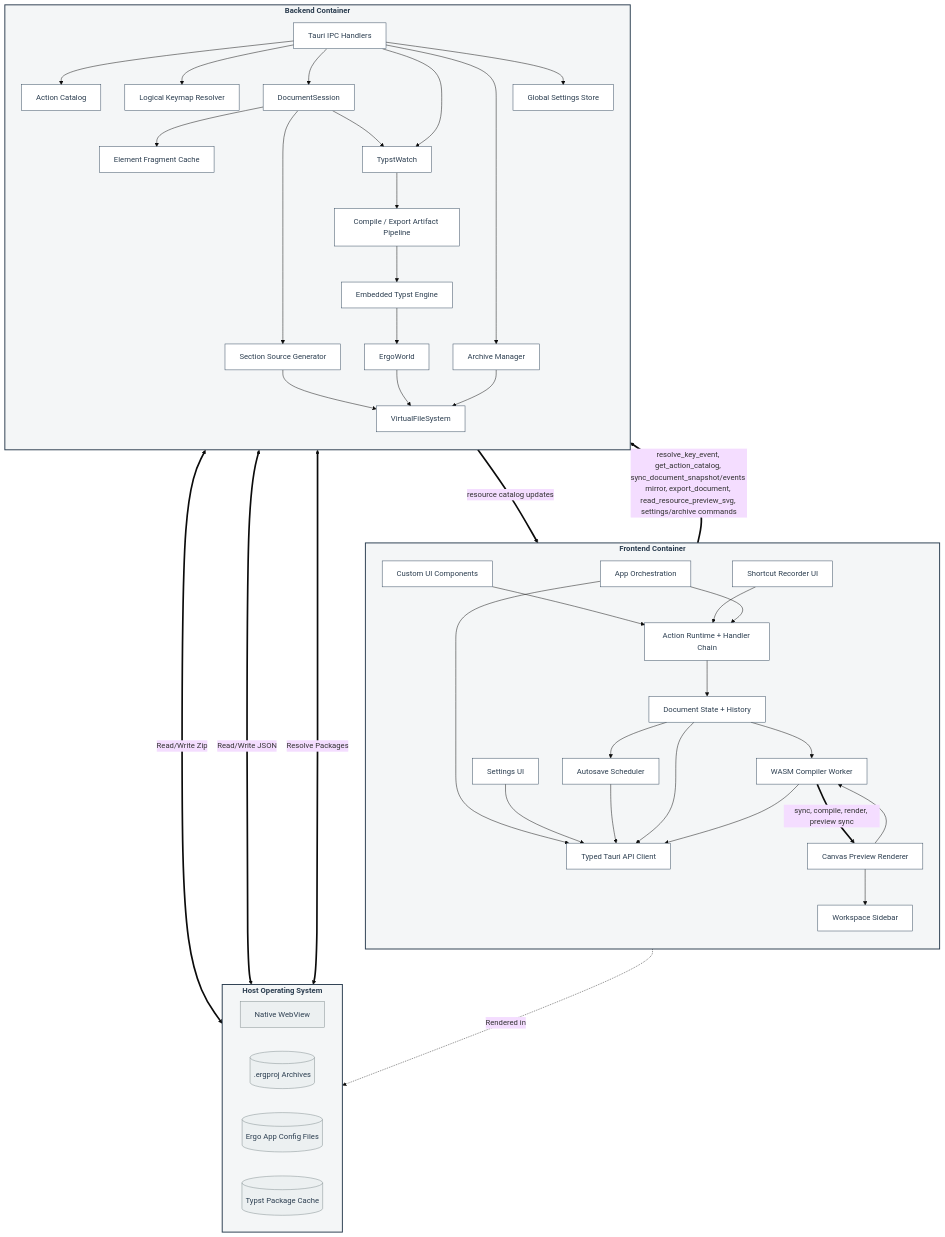
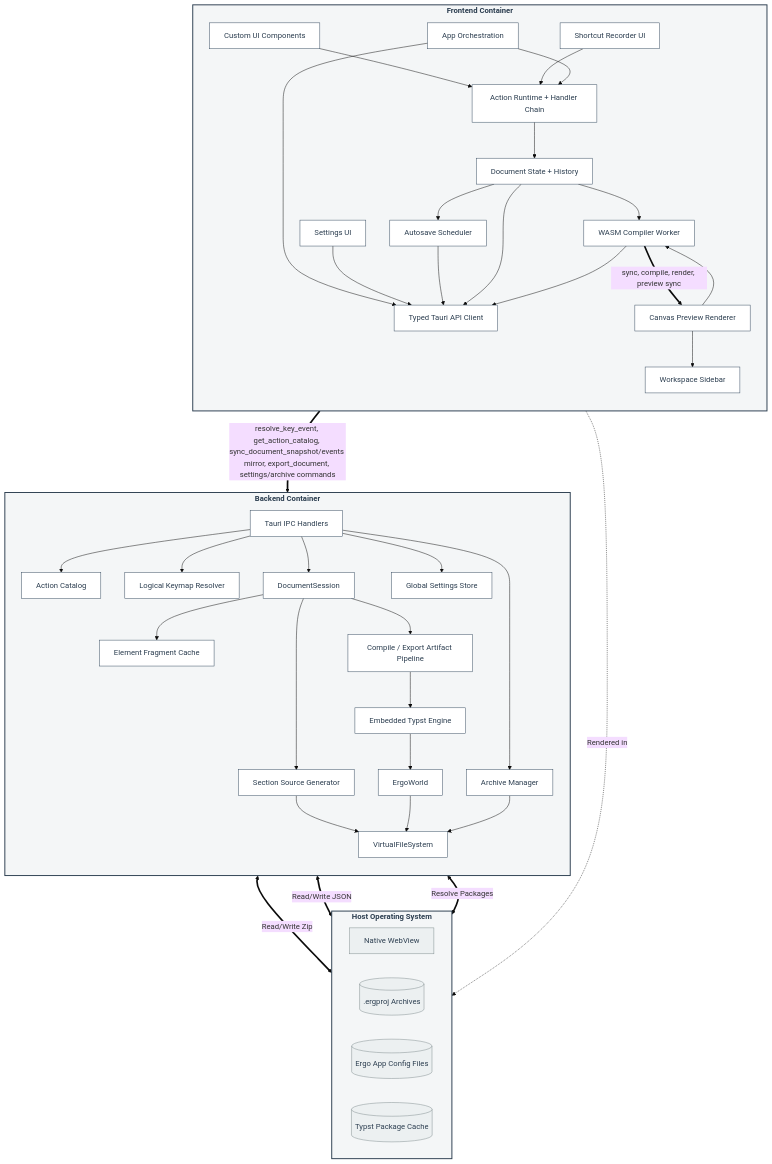
Before and after one commit to andmoreduro/ergo: the diagram in context/component-diagram.md, drawn with Mermaid (base theme). The commit also changed other lines of this file and 53 other files, not shown here.

First line of the commit message:
Complete WASM canvas preview pipeline and refine app chrome.

```diff
--- a/context/component-diagram.md
+++ b/context/component-diagram.md
@@ -63,7 +63,6 @@
         FragmentCache["Element Fragment Cache"]:::comp
         SourceGen["Section Source Generator"]:::comp
         VFS["VirtualFileSystem"]:::comp
-        TypstWatch["TypstWatch"]:::comp
         ArtifactPipeline["Compile / Export Artifact Pipeline"]:::comp
         World["ErgoWorld"]:::comp
         Compiler["Embedded Typst Engine"]:::comp
@@ -75,14 +74,12 @@
         Handlers --> ActionCatalog
         Handlers --> KeyResolver
         Handlers --> Session
-        Handlers --> TypstWatch
         Handlers --> Archive
         Handlers --> SettingsStore
         Session --> FragmentCache
         Session --> SourceGen
         SourceGen --> VFS
-        Session --> TypstWatch
-        TypstWatch --> ArtifactPipeline
+        Session --> ArtifactPipeline
         ArtifactPipeline --> Compiler
         Compiler --> World
         World --> VFS
@@ -98,8 +95,7 @@
     end
 
     Frontend -. "Rendered in" .-> WebView
-    TauriClient == "resolve_key_event, get_action_catalog, sync_document_snapshot/events mirror, export_document, read_resource_preview_svg, settings/archive commands" ==> Handlers
-    Handlers == "resource catalog updates" ==> TauriClient
+    TauriClient == "resolve_key_event, get_action_catalog, sync_document_snapshot/events mirror, export_document, settings/archive commands" ==> Handlers
     WasmWorker == "sync, compile, render, preview sync" ==> Preview
     Archive <== "Read/Write Zip" ==> ProjectFiles
     SettingsStore <== "Read/Write JSON" ==> SettingsFile
```
